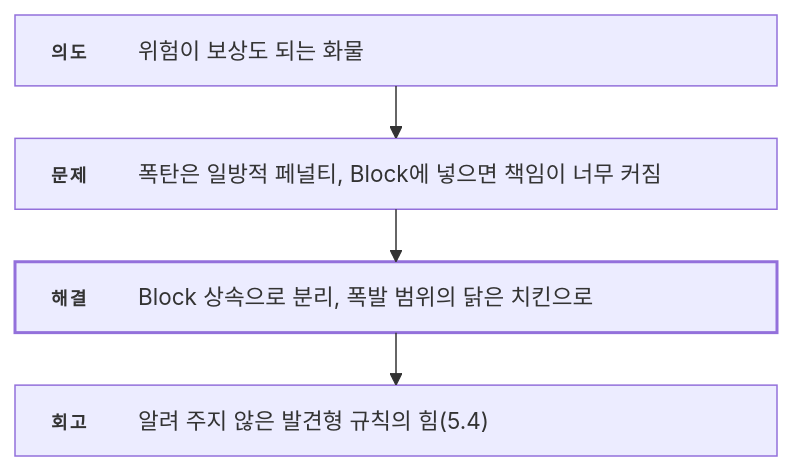
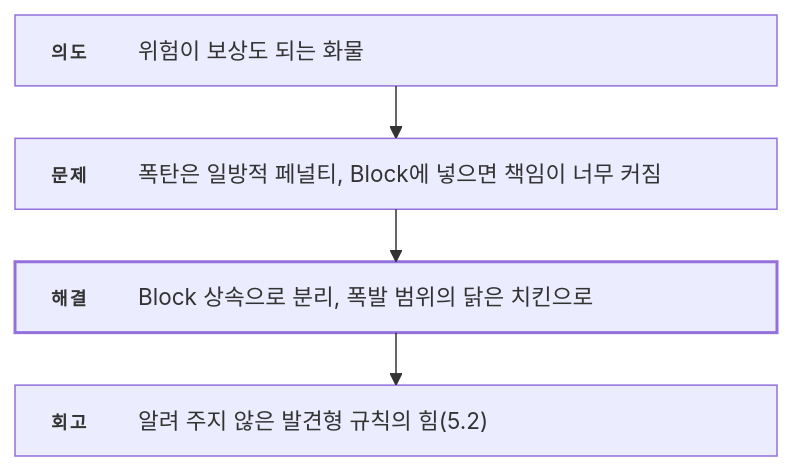
One commit to ashadeveloperr/ashadeveloperr.github.io changed the sixth of 7 diagrams in src/2-project-babel/기술문서.md. Above: the diagram before and after it, drawn with Mermaid. The commit also changed other lines of this file and 5 other files, not shown here.

````diff
--- a/src/2-project-babel/기술문서.md
+++ b/src/2-project-babel/기술문서.md
@@ -478,18 +452,18 @@
 ```mermaid
 ---
 config:
   layout: elk
   flowchart:
     wrappingWidth: 520
     padding: 12
 ---
 flowchart TB
   %% feature-flow — _local/flow-diagrams.py가 만듦
   I["<div style='width:460px;display:flex;gap:14px;align-items:baseline;text-align:left;white-space:normal'><span style='flex:0 0 44px;padding-top:2px;font-size:12px;font-weight:700;letter-spacing:.12em;color:var(--accent-ink)'>의도</span><span style='flex:1;font-size:15px;line-height:1.55;color:var(--ink)'>위험이 보상도 되는 화물</span></div>"]
   P["<div style='width:460px;display:flex;gap:14px;align-items:baseline;text-align:left;white-space:normal'><span style='flex:0 0 44px;padding-top:2px;font-size:12px;font-weight:700;letter-spacing:.12em;color:var(--accent-ink)'>문제</span><span style='flex:1;font-size:15px;line-height:1.55;color:var(--ink)'>폭탄은 일방적 페널티, Block에 넣으면 책임이 너무 커짐</span></div>"]
   S["<div style='width:460px;display:flex;gap:14px;align-items:baseline;text-align:left;white-space:normal'><span style='flex:0 0 44px;padding-top:2px;font-size:12px;font-weight:700;letter-spacing:.12em;color:var(--accent-ink)'>해결</span><span style='flex:1;font-size:15px;line-height:1.55;color:var(--ink)'>Block 상속으로 분리, 폭발 범위의 닭은 치킨으로</span></div>"]
-  R["<div style='width:460px;display:flex;gap:14px;align-items:baseline;text-align:left;white-space:normal'><span style='flex:0 0 44px;padding-top:2px;font-size:12px;font-weight:700;letter-spacing:.12em;color:var(--accent-ink)'>회고</span><span style='flex:1;font-size:15px;line-height:1.55;color:var(--ink)'>알려 주지 않은 발견형 규칙의 힘(5.4)</span></div>"]
+  R["<div style='width:460px;display:flex;gap:14px;align-items:baseline;text-align:left;white-space:normal'><span style='flex:0 0 44px;padding-top:2px;font-size:12px;font-weight:700;letter-spacing:.12em;color:var(--accent-ink)'>회고</span><span style='flex:1;font-size:15px;line-height:1.55;color:var(--ink)'>알려 주지 않은 발견형 규칙의 힘(5.2)</span></div>"]
   I --> P --> S --> R
   classDef key stroke-width:2px
   class S key
 ```
````
